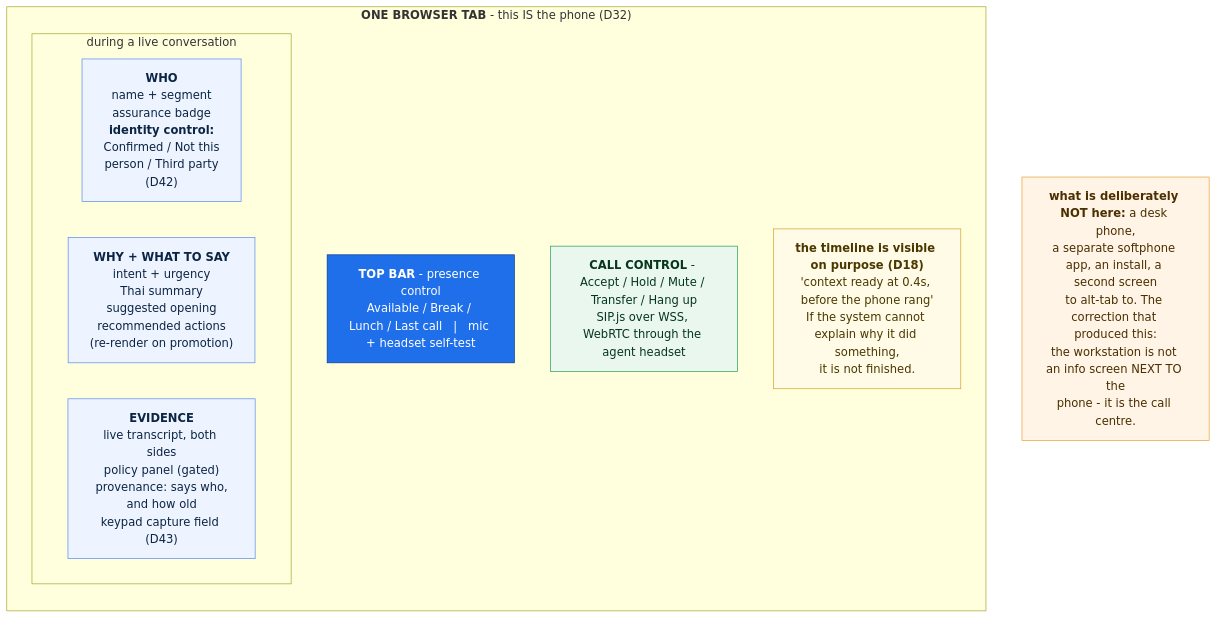
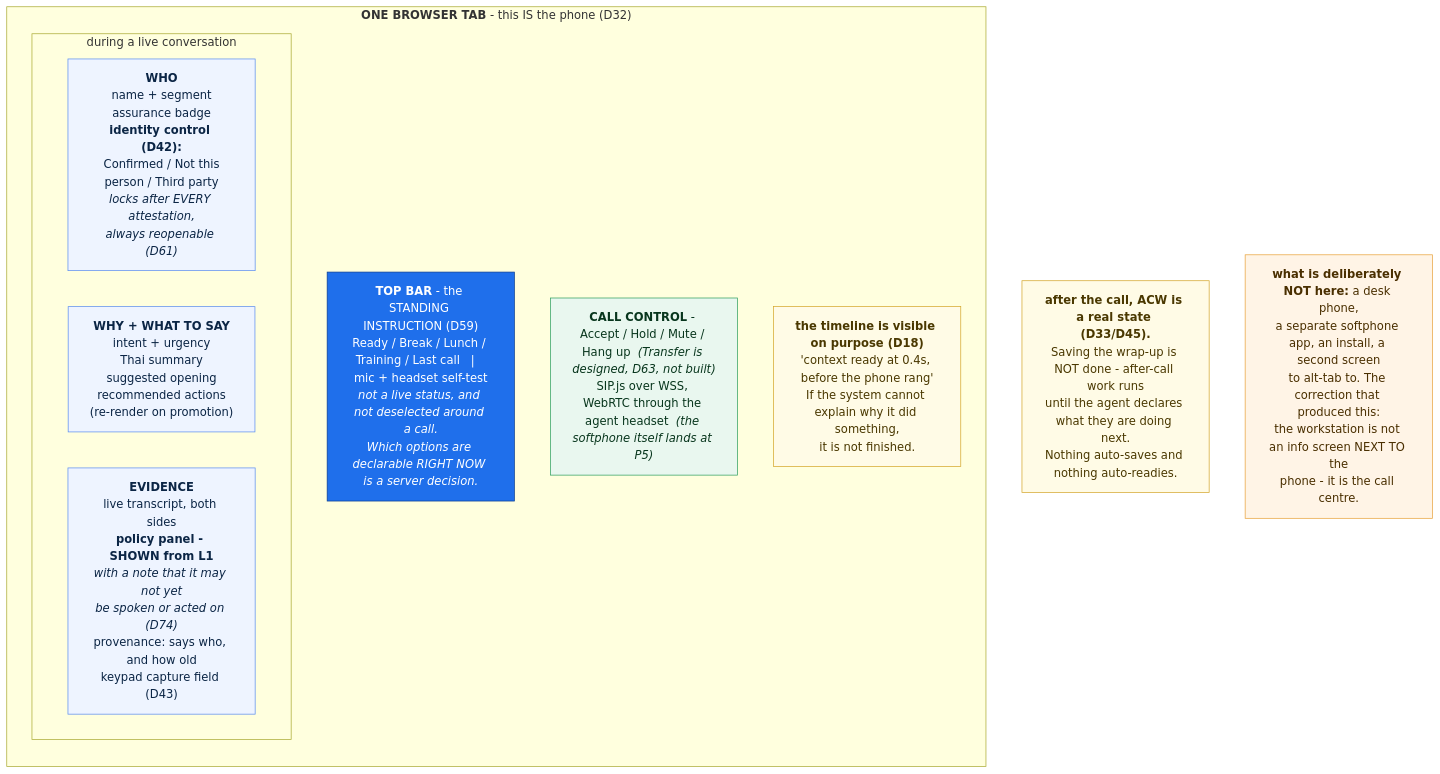
One commit to anakom-suvonvorn/Krungsri-ReadyCall changed the diagram in docs/diagrams/src/workstation.mmd. Above: the diagram before and after it, drawn with Mermaid. The commit also changed 3 other files, not shown here.

Commit message:
docs: workstation panel gating, and record both landmines the sweep found

```diff
--- a/docs/diagrams/src/workstation.mmd
+++ b/docs/diagrams/src/workstation.mmd
@@ -1,24 +1,27 @@
-%% HANDWRITTEN. Checked against D32 + D33 + ARCHITECTURE.md S9 + Krungsri.pdf p7
+%% HANDWRITTEN. Checked against D32 + D33 + D45 + D59 + D61 + D63 + D74
+%% + ARCHITECTURE.md S9 + Krungsri.pdf p7
 flowchart TB
     subgraph tab["<b>ONE BROWSER TAB</b> - this IS the phone (D32)"]
         direction TB
-        BAR["<b>TOP BAR</b> - presence control<br/>Available / Break / Lunch / Last call &nbsp;&nbsp;|&nbsp;&nbsp; mic + headset self-test"]:::bar
+        BAR["<b>TOP BAR</b> - the STANDING INSTRUCTION (D59)<br/>Ready / Break / Lunch / Training / Last call &nbsp;&nbsp;|&nbsp;&nbsp; mic + headset self-test<br/><i>not a live status, and not deselected around a call.<br/>Which options are declarable RIGHT NOW is a server decision.</i>"]:::bar
 
         subgraph main["during a live conversation"]
             direction LR
-            LEFT["<b>WHO</b><br/>name + segment<br/>assurance badge<br/><b>identity control:</b><br/>Confirmed / Not this<br/>person / Third party<br/>(D42)"]:::panel
+            LEFT["<b>WHO</b><br/>name + segment<br/>assurance badge<br/><b>identity control (D42):</b><br/>Confirmed / Not this<br/>person / Third party<br/><i>locks after EVERY attestation,<br/>always reopenable (D61)</i>"]:::panel
             MID["<b>WHY + WHAT TO SAY</b><br/>intent + urgency<br/>Thai summary<br/>suggested opening<br/>recommended actions<br/>(re-render on promotion)"]:::panel
-            RIGHT["<b>EVIDENCE</b><br/>live transcript, both sides<br/>policy panel (gated)<br/>provenance: says who,<br/>and how old<br/>keypad capture field (D43)"]:::panel
+            RIGHT["<b>EVIDENCE</b><br/>live transcript, both sides<br/><b>policy panel - SHOWN from L1</b><br/><i>with a note that it may not yet<br/>be spoken or acted on (D74)</i><br/>provenance: says who, and how old<br/>keypad capture field (D43)"]:::panel
         end
 
-        CALLBAR["<b>CALL CONTROL</b> - Accept / Hold / Mute / Transfer / Hang up<br/>SIP.js over WSS, WebRTC through the agent headset"]:::ctl
+        CALLBAR["<b>CALL CONTROL</b> - Accept / Hold / Mute / Hang up &nbsp;<i>(Transfer is designed, D63, not built)</i><br/>SIP.js over WSS, WebRTC through the agent headset &nbsp;<i>(the softphone itself lands at P5)</i>"]:::ctl
         WHY["<b>the timeline is visible on purpose (D18)</b><br/>'context ready at 0.4s, before the phone rang'<br/>If the system cannot explain why it did something,<br/>it is not finished."]:::note
     end
+
+    ACW["<b>after the call, ACW is a real state (D33/D45).</b><br/>Saving the wrap-up is NOT done - after-call work runs<br/>until the agent declares what they are doing next.<br/>Nothing auto-saves and nothing auto-readies."]:::note
 
     NO["<b>what is deliberately NOT here:</b> a desk phone,<br/>a separate softphone app, an install, a second screen<br/>to alt-tab to. The correction that produced this:<br/>the workstation is not an info screen NEXT TO the<br/>phone - it is the call centre."]:::key
 
     classDef bar fill:#1f6feb,stroke:#0b3d91,color:#fff
     classDef panel fill:#eef4ff,stroke:#5b8def,color:#0b2545
     classDef ctl fill:#e9f7ef,stroke:#2f9e5f,color:#08361d
     classDef note fill:#fffbe6,stroke:#d4a72c,color:#4a3800
     classDef key fill:#fff4e6,stroke:#e8a33d,color:#4a2f00
```
